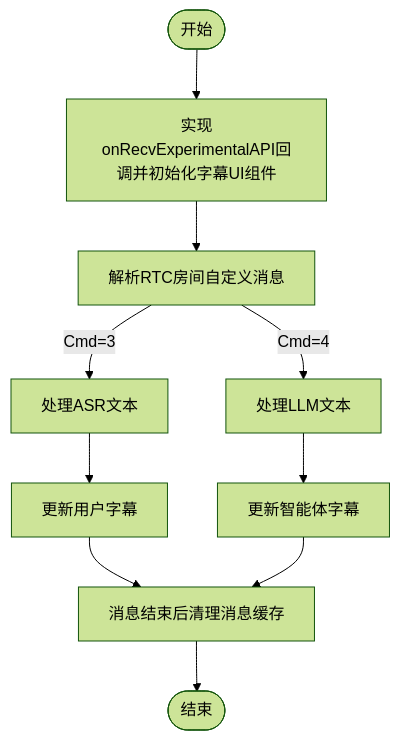
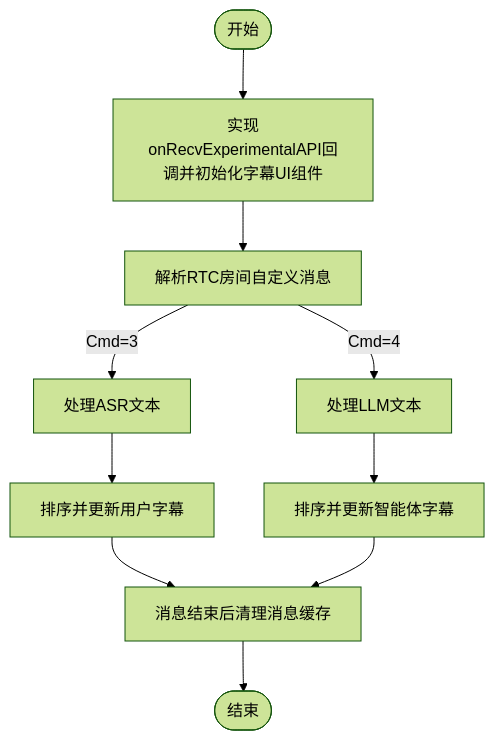
One commit to ZEGOCLOUD/docs_all changed the diagram in core_products/aiagent/zh/android/Guides/Display subtitles.mdx. Above: the diagram before and after it, drawn with Mermaid (forest theme). The commit also changed other lines of this file and 7 other files, not shown here.

````diff
--- a/core_products/aiagent/zh/android/Guides/Display subtitles.mdx
+++ b/core_products/aiagent/zh/android/Guides/Display subtitles.mdx
@@ -24,12 +24,12 @@
 ```mermaid
 flowchart TD
     Start([开始]) --> Init[实现onRecvExperimentalAPI回调并初始化字幕UI组件]
     Init --> ParseMessage[解析RTC房间自定义消息]
     ParseMessage --> |Cmd=3| ProcessASR[处理ASR文本]
     ParseMessage --> |Cmd=4| ProcessLLM[处理LLM文本]
-    ProcessASR --> UpdateSubtitles1[更新用户字幕]
-    ProcessLLM --> UpdateSubtitles2[更新智能体字幕]
+    ProcessASR --> UpdateSubtitles1[排序并更新用户字幕]
+    ProcessLLM --> UpdateSubtitles2[排序并更新智能体字幕]
     UpdateSubtitles1 --> HandleEndFlags[消息结束后清理消息缓存]
     UpdateSubtitles2 --> HandleEndFlags[消息结束后清理消息缓存]
     HandleEndFlags --> End([结束])
 ```
````
